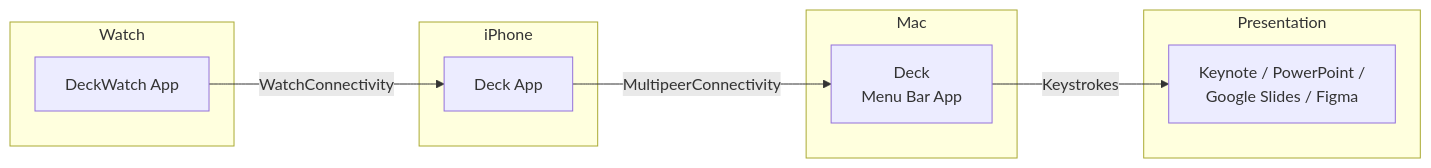
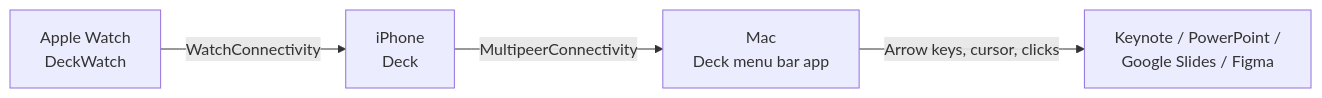
The diagram in README.md (douinc/deck), drawn with Mermaid before and after one commit. The commit also changed other lines of this file and 18 other files, not shown here.

````diff
--- a/README.md
+++ b/README.md
@@ -82,19 +112,6 @@
 ```mermaid
 graph LR
-    subgraph Watch
-        W[DeckWatch App]
-    end
-    subgraph iPhone
-        A[Deck App]
-    end
-    subgraph Mac
-        B[Deck<br/>Menu Bar App]
-    end
-    subgraph Presentation
-        C[Keynote / PowerPoint /<br/>Google Slides / Figma]
-    end
-
-    W -->|WatchConnectivity| A
-    A -->|MultipeerConnectivity| B
-    B -->|Keystrokes| C
+    W[Apple Watch<br/>DeckWatch] -->|WatchConnectivity| P[iPhone<br/>Deck]
+    P -->|MultipeerConnectivity| M[Mac<br/>Deck menu bar app]
+    M -->|Arrow keys, cursor, clicks| S[Keynote / PowerPoint /<br/>Google Slides / Figma]
 ```
````
